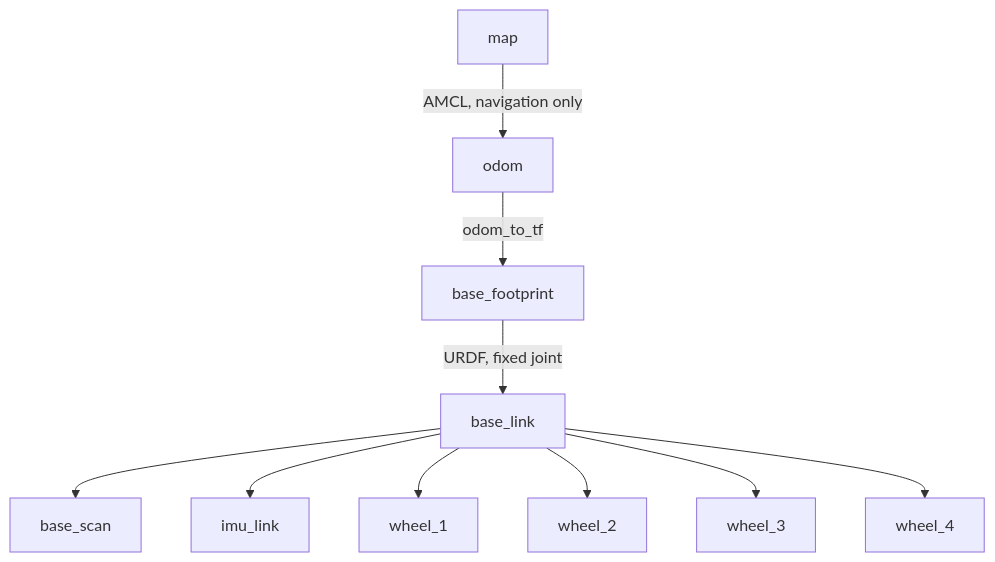
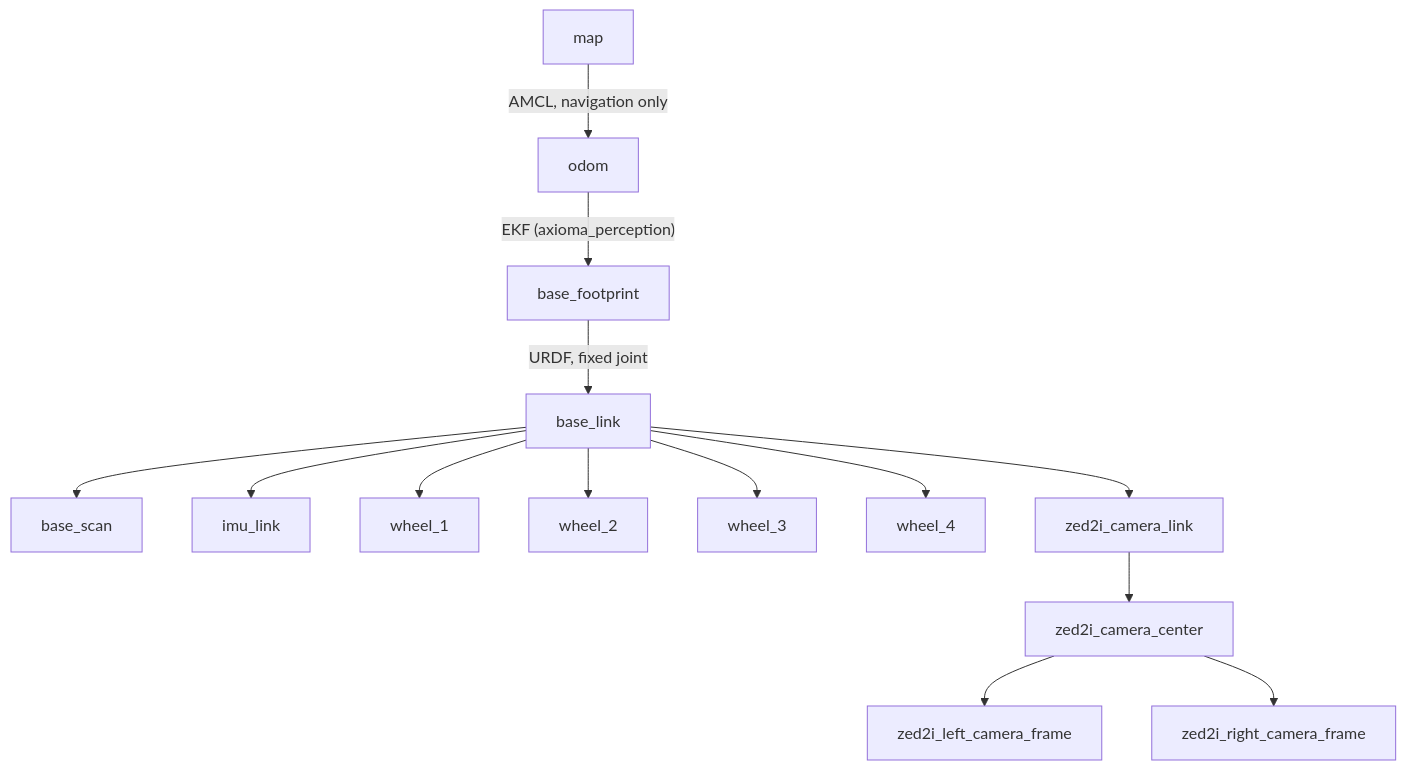
Before and after one commit to MrDavidAlv/Axioma_robot: the first of 2 diagrams in README.md, drawn with Mermaid. The commit also changed other lines of this file and 29 other files, not shown here.

````diff
--- a/README.md
+++ b/README.md
@@ -172,12 +183,16 @@
 ```mermaid
 graph TD
     map -->|AMCL, navigation only| odom
-    odom -->|odom_to_tf| base_footprint
+    odom -->|"EKF (axioma_perception)"| base_footprint
     base_footprint -->|URDF, fixed joint| base_link
     base_link --> base_scan
     base_link --> imu_link
     base_link --> wheel_1
     base_link --> wheel_2
     base_link --> wheel_3
     base_link --> wheel_4
+    base_link --> zed2i_camera_link
+    zed2i_camera_link --> zed2i_camera_center
+    zed2i_camera_center --> zed2i_left_camera_frame
+    zed2i_camera_center --> zed2i_right_camera_frame
 ```
````
